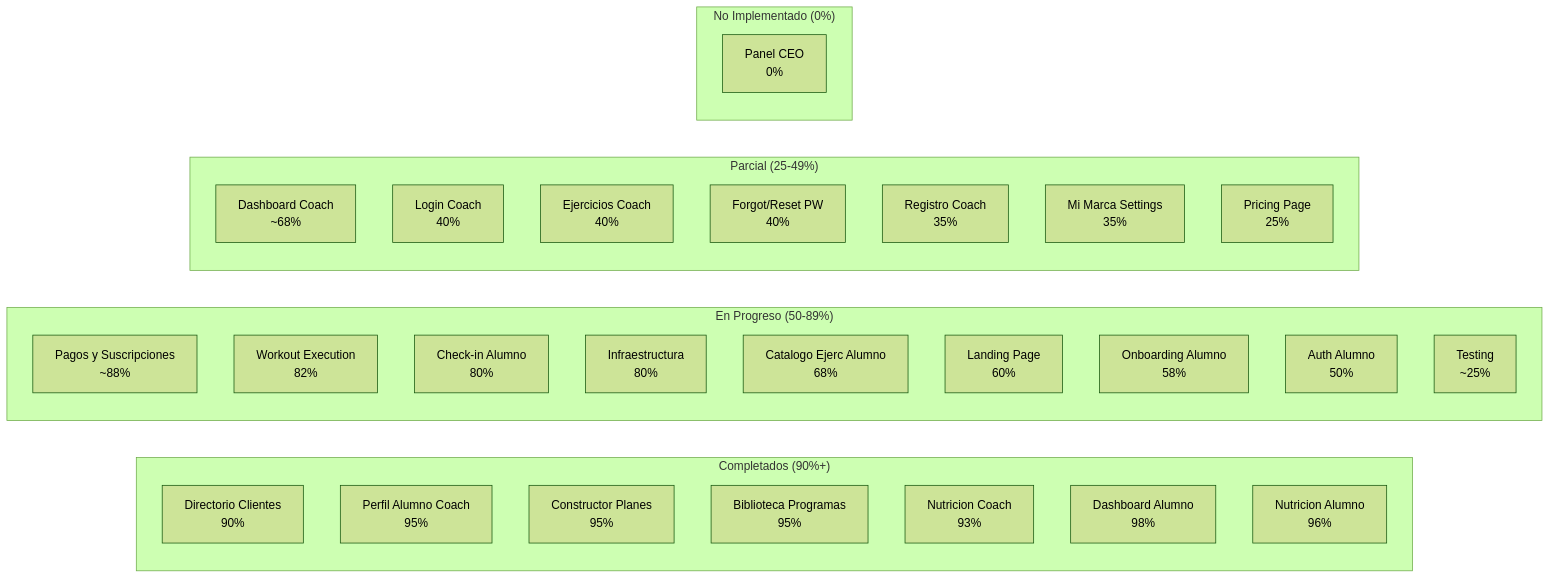
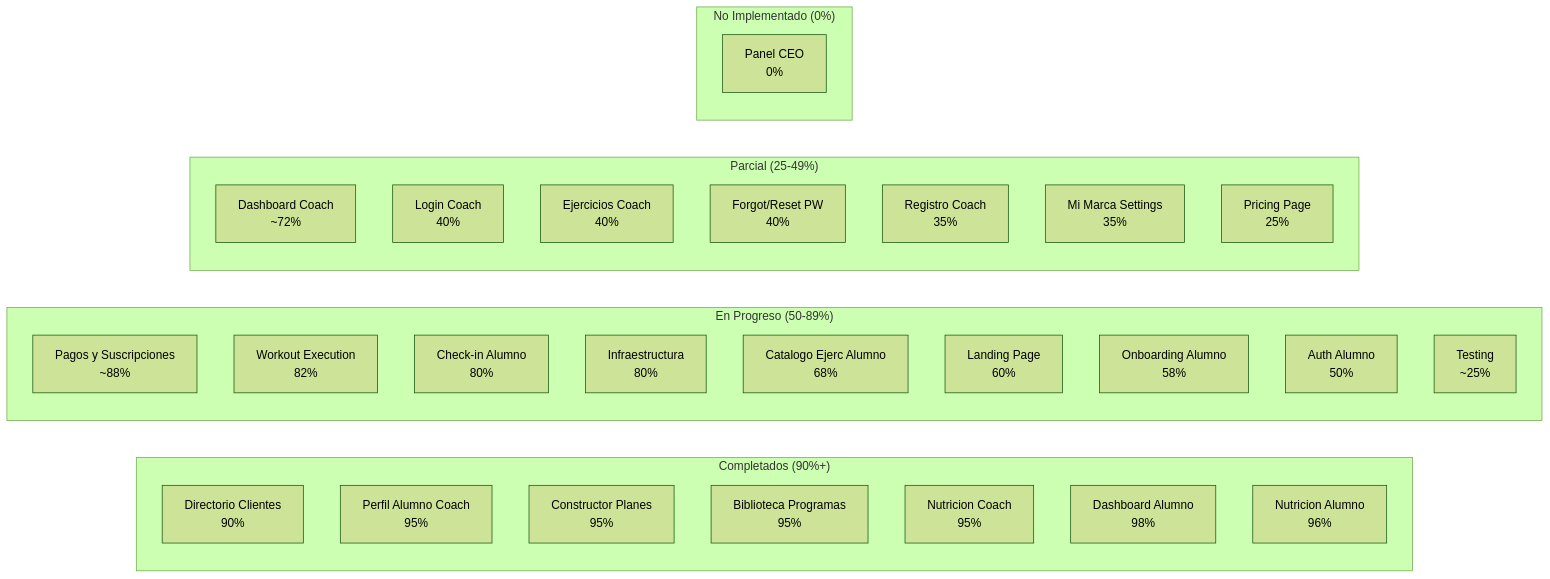
One commit to Juancho2706/gymappjp changed the first of 3 diagrams in docs/MAPA-MAESTRO.md. Above: the diagram before and after it, drawn with Mermaid (forest theme). The commit also changed other lines of this file and 11 other files, not shown here.

````diff
--- a/docs/MAPA-MAESTRO.md
+++ b/docs/MAPA-MAESTRO.md
@@ -13,38 +13,38 @@
 ```mermaid
 graph LR
     subgraph completado ["Completados (90%+)"]
         DirClientes["Directorio Clientes<br/>90%"]
         PerfilAlumno["Perfil Alumno Coach<br/>95%"]
         Builder["Constructor Planes<br/>95%"]
         BiblioProgs["Biblioteca Programas<br/>95%"]
-        NutriCoach["Nutricion Coach<br/>93%"]
+        NutriCoach["Nutricion Coach<br/>95%"]
         DashAlumno["Dashboard Alumno<br/>98%"]
         NutriAlumno["Nutricion Alumno<br/>96%"]
     end
 
     subgraph avanzado ["En Progreso (50-89%)"]
         Pagos["Pagos y Suscripciones<br/>~88%"]
         WorkoutExec["Workout Execution<br/>82%"]
         CheckIn["Check-in Alumno<br/>80%"]
         Infra["Infraestructura<br/>80%"]
         CatEjAlumno["Catalogo Ejerc Alumno<br/>68%"]
         Landing["Landing Page<br/>60%"]
         Onboarding["Onboarding Alumno<br/>58%"]
         AuthAlumno["Auth Alumno<br/>50%"]
         Testing["Testing<br/>~25%"]
     end
 
     subgraph parcial ["Parcial (25-49%)"]
-        DashCoach["Dashboard Coach<br/>~68%"]
+        DashCoach["Dashboard Coach<br/>~72%"]
         LoginCoach["Login Coach<br/>40%"]
         EjercCoach["Ejercicios Coach<br/>40%"]
         ResetPw["Forgot/Reset PW<br/>40%"]
         RegCoach["Registro Coach<br/>35%"]
         MiMarca["Mi Marca Settings<br/>35%"]
         Pricing["Pricing Page<br/>25%"]
     end
 
     subgraph pendiente ["No Implementado (0%)"]
         PanelCEO["Panel CEO<br/>0%"]
     end
 ```
````
